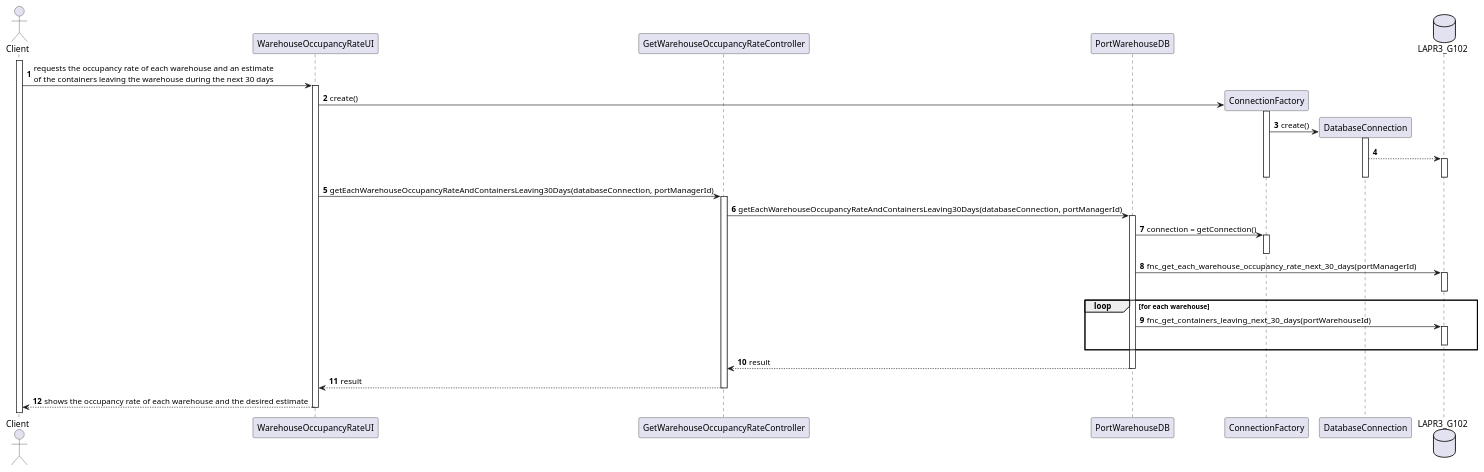
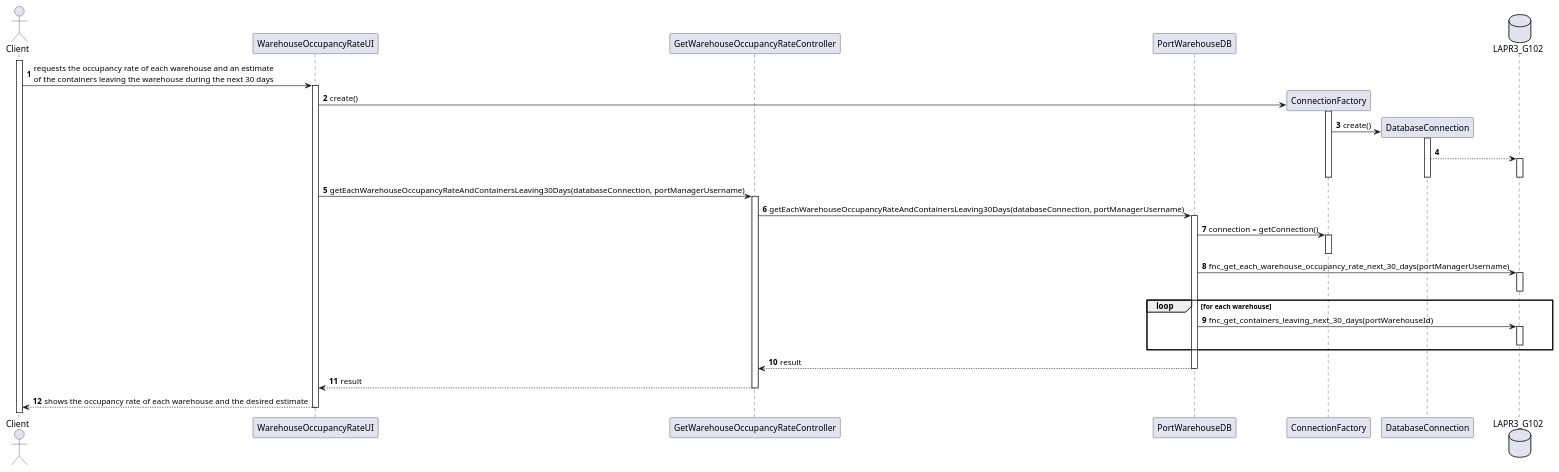
Before and after one commit to mpoboas/lapr3-2021-g102: the diagram in docs/Sprint3/US306/US306_SD.puml, drawn with PlantUML. The commit also changed 10 other files, not shown here.

```diff
--- a/docs/Sprint3/US306/US306_SD.puml
+++ b/docs/Sprint3/US306/US306_SD.puml
@@ -1,54 +1,54 @@
 @startuml
 autonumber
 'hide footbox
 
 actor "Client" as CL
 
 participant "WarehouseOccupancyRateUI" as UI
 participant "GetWarehouseOccupancyRateController" as CTRL
 participant "PortWarehouseDB" as PORTWDB
 participant ConnectionFactory as CF
 participant DatabaseConnection as DC
 database LAPR3_G102 as DB
 
 activate CL
 CL -> UI : requests the occupancy rate of each warehouse and an estimate\nof the containers leaving the warehouse during the next 30 days
 activate UI
 
 UI -> CF** : create()
 activate CF
 CF -> DC** : create()
 activate DC
 DC --> DB
 activate DB
 deactivate DB
 deactivate DC
 deactivate CF
 
-UI -> CTRL : getEachWarehouseOccupancyRateAndContainersLeaving30Days(databaseConnection, portManagerId)
+UI -> CTRL : getEachWarehouseOccupancyRateAndContainersLeaving30Days(databaseConnection, portManagerUsername)
 activate CTRL
-CTRL -> PORTWDB : getEachWarehouseOccupancyRateAndContainersLeaving30Days(databaseConnection, portManagerId)
+CTRL -> PORTWDB : getEachWarehouseOccupancyRateAndContainersLeaving30Days(databaseConnection, portManagerUsername)
 activate PORTWDB
 
 PORTWDB -> CF : connection = getConnection()
 activate CF
 deactivate CF
 
-PORTWDB -> DB : fnc_get_each_warehouse_occupancy_rate_next_30_days(portManagerId)
+PORTWDB -> DB : fnc_get_each_warehouse_occupancy_rate_next_30_days(portManagerUsername)
 activate DB
 deactivate DB
 loop for each warehouse
 PORTWDB -> DB : fnc_get_containers_leaving_next_30_days(portWarehouseId)
 activate DB
 deactivate DB
 end
 
 PORTWDB --> CTRL : result
 deactivate PORTWDB
 deactivate PORTWDB
 CTRL --> UI : result
 deactivate CTRL
 
 UI --> CL : shows the occupancy rate of each warehouse and the desired estimate
 deactivate UI
 @enduml
```
